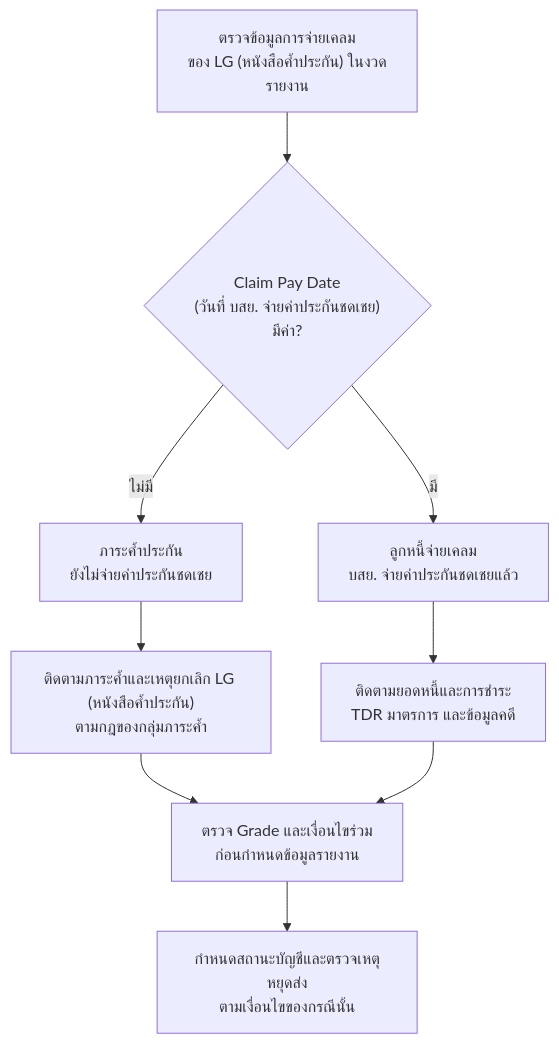
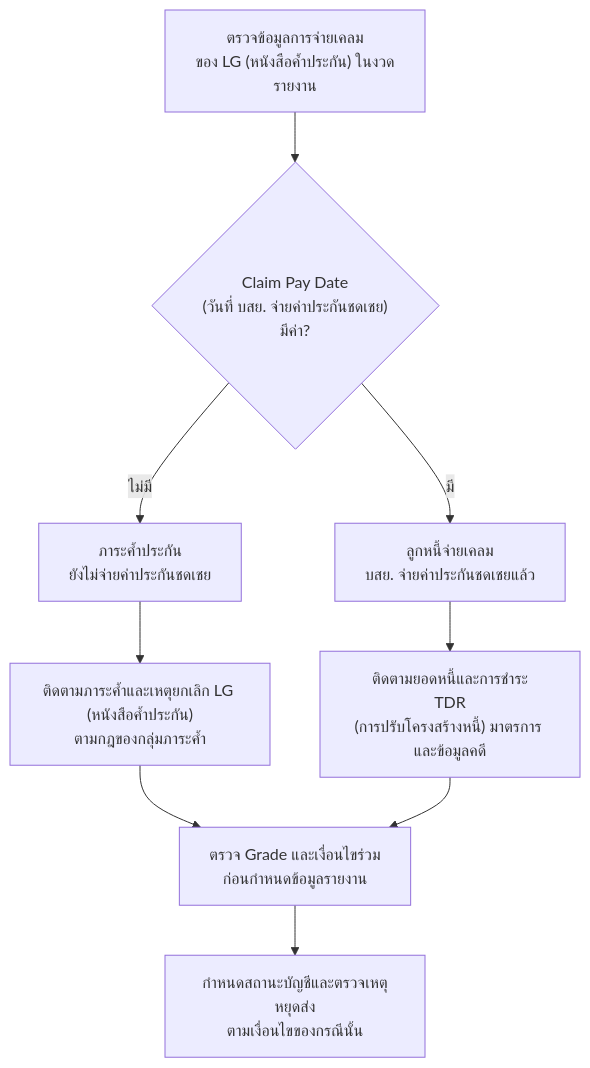
One commit to yukasung/eodncb changed the fourth of 4 diagrams in app/overview/page.mdx. Above: the diagram before and after it, drawn with Mermaid. The commit also changed other lines of this file and 14 other files, not shown here.

````diff
--- a/app/overview/page.mdx
+++ b/app/overview/page.mdx
@@ -156,11 +158,11 @@
 ```mermaid
 flowchart TD
     A["ตรวจข้อมูลการจ่ายเคลม<br/>ของ LG (หนังสือค้ำประกัน) ในงวดรายงาน"] --> B{"Claim Pay Date<br/>(วันที่ บสย. จ่ายค่าประกันชดเชย)<br/>มีค่า?"}
     B -->|ไม่มี| C["ภาระค้ำประกัน<br/>ยังไม่จ่ายค่าประกันชดเชย"]
     C --> D["ติดตามภาระค้ำและเหตุยกเลิก LG (หนังสือค้ำประกัน)<br/>ตามกฎของกลุ่มภาระค้ำ"]
     B -->|มี| E["ลูกหนี้จ่ายเคลม<br/>บสย. จ่ายค่าประกันชดเชยแล้ว"]
-    E --> F["ติดตามยอดหนี้และการชำระ<br/>TDR มาตรการ และข้อมูลคดี"]
+    E --> F["ติดตามยอดหนี้และการชำระ<br/>TDR<br/>(การปรับโครงสร้างหนี้) มาตรการ และข้อมูลคดี"]
     D --> G["ตรวจ Grade และเงื่อนไขร่วม<br/>ก่อนกำหนดข้อมูลรายงาน"]
     F --> G
     G --> H["กำหนดสถานะบัญชีและตรวจเหตุหยุดส่ง<br/>ตามเงื่อนไขของกรณีนั้น"]
 ```
````
